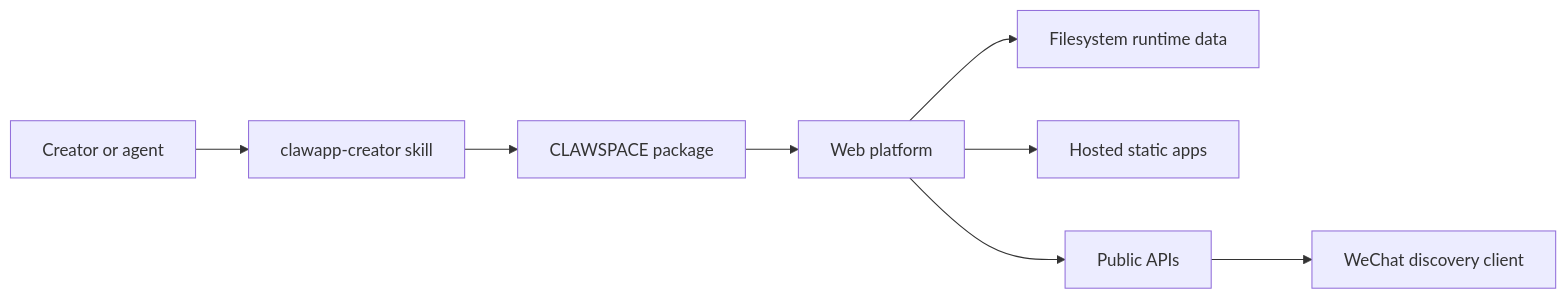
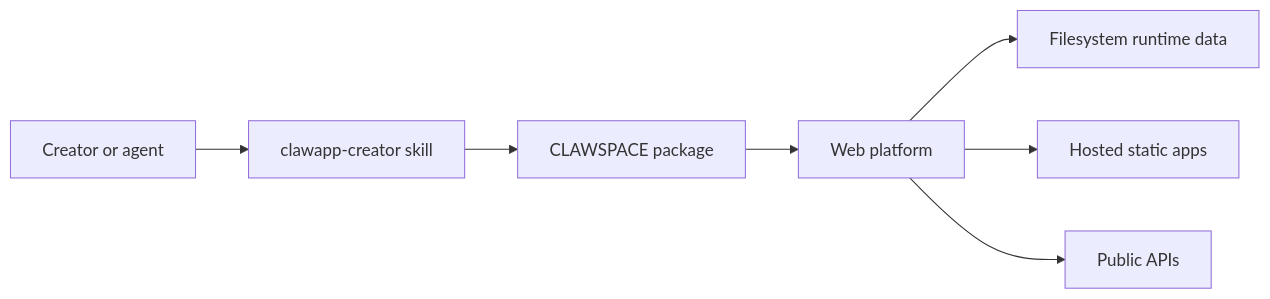
The diagram in docs/architecture.md (NimaChu/clawspace), drawn with Mermaid before and after one commit. The commit also changed other lines of this file and 43 other files, not shown here.

````diff
--- a/docs/architecture.md
+++ b/docs/architecture.md
@@ -5,10 +5,9 @@
 ```mermaid
 flowchart LR
     A["Creator or agent"] --> B["clawapp-creator skill"]
     B --> C["CLAWSPACE package"]
     C --> D["Web platform"]
     D --> E["Filesystem runtime data"]
     D --> F["Hosted static apps"]
     D --> G["Public APIs"]
-    G --> H["WeChat discovery client"]
 ```
````
